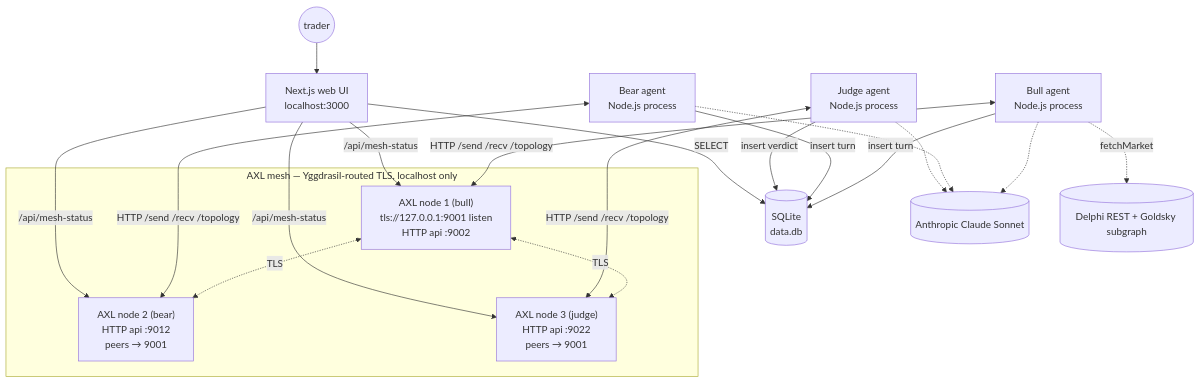
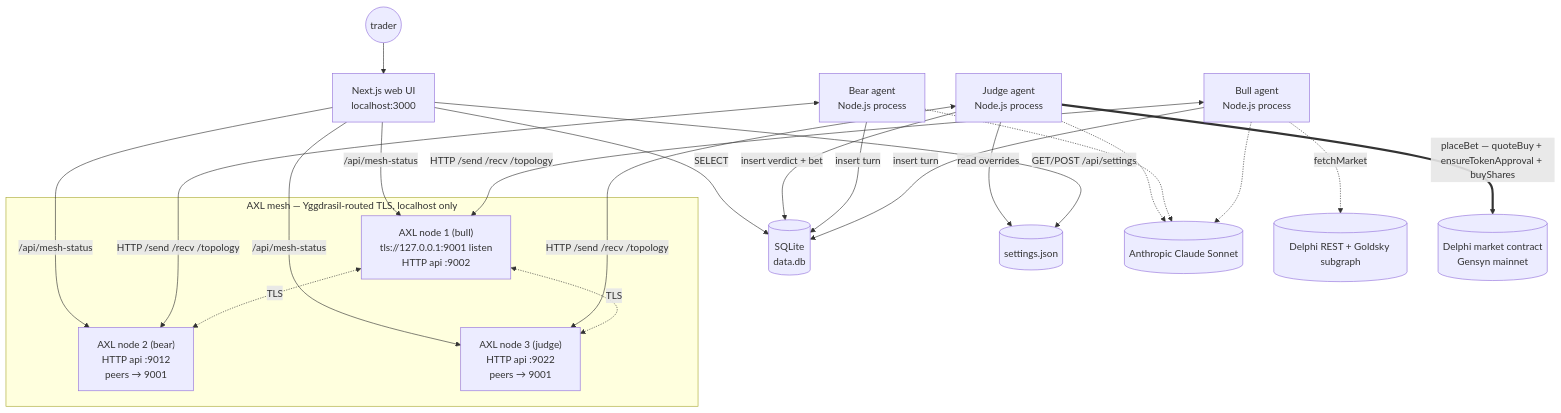
Before and after one commit to Moren808/delphi-duel: the diagram in README.md, drawn with Mermaid. The commit also changed other lines of this file and 2 other files, not shown here.

First line of the commit message:
docs: update README — autonomous betting agent live on mainnet

````diff
--- a/README.md
+++ b/README.md
@@ -44,37 +57,42 @@
 ```mermaid
 flowchart TB
     subgraph mesh["AXL mesh — Yggdrasil-routed TLS, localhost only"]
         N1["AXL node 1 (bull)<br/>tls://127.0.0.1:9001 listen<br/>HTTP api :9002"]
         N2["AXL node 2 (bear)<br/>HTTP api :9012<br/>peers → 9001"]
         N3["AXL node 3 (judge)<br/>HTTP api :9022<br/>peers → 9001"]
         N1 <-.->|TLS| N2
         N1 <-.->|TLS| N3
     end
 
     Bull[Bull agent<br/>Node.js process]
     Bear[Bear agent<br/>Node.js process]
     Judge[Judge agent<br/>Node.js process]
 
     Bull <-->|HTTP /send /recv /topology| N1
     Bear <-->|HTTP /send /recv /topology| N2
     Judge <-->|HTTP /send /recv /topology| N3
 
     Bull --> |insert turn| DB[(SQLite<br/>data.db)]
     Bear --> |insert turn| DB
-    Judge --> |insert verdict| DB
+    Judge --> |insert verdict + bet| DB
 
     Web[Next.js web UI<br/>localhost:3000]
     Web --> |SELECT| DB
+    Web --> |GET/POST /api/settings| Settings[(settings.json)]
+    Judge --> |read overrides| Settings
     Web --> |/api/mesh-status| N1
     Web --> |/api/mesh-status| N2
     Web --> |/api/mesh-status| N3
     User((trader)) --> Web
 
     Anthropic[(Anthropic Claude Sonnet)]
     Bull -.-> Anthropic
     Bear -.-> Anthropic
     Judge -.-> Anthropic
 
     Delphi[(Delphi REST + Goldsky subgraph)]
     Bull -.-> |fetchMarket| Delphi
+
+    Chain[(Delphi market contract<br/>Gensyn mainnet)]
+    Judge ==>|placeBet — quoteBuy + ensureTokenApproval + buyShares| Chain
 ```
````
